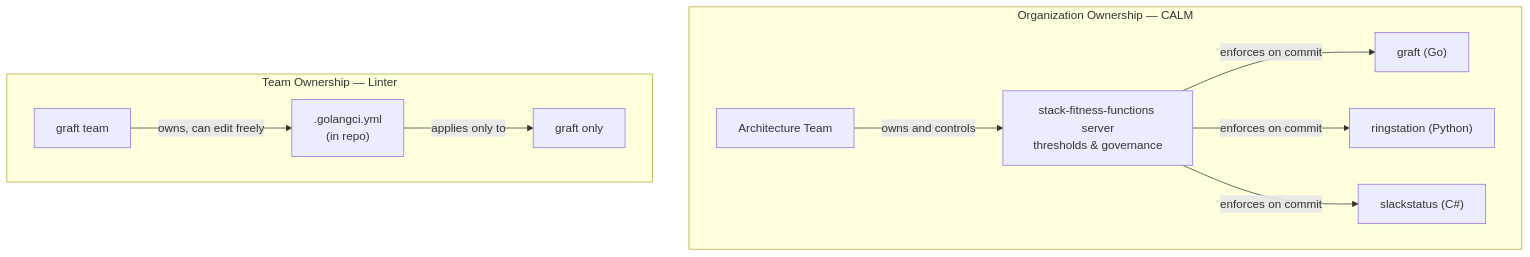
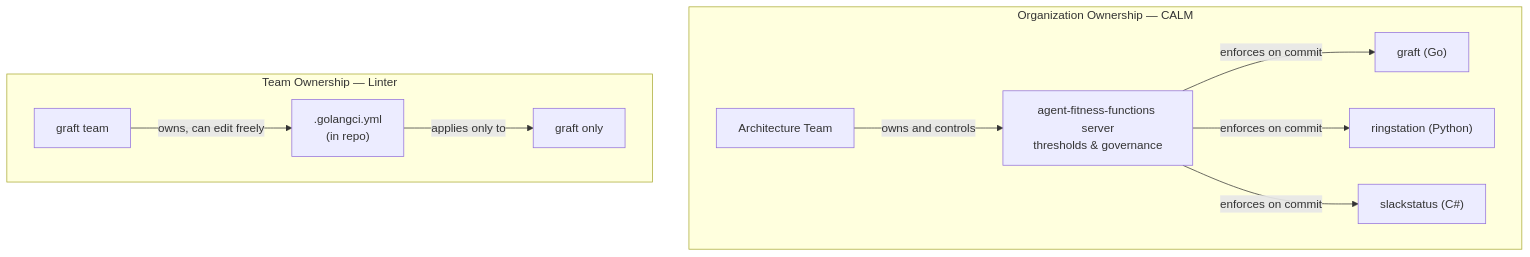
One commit to AvogadroSG1/agent-fitness-functions changed the second of 2 diagrams in CONTEXT.md. Above: the diagram before and after it, drawn with Mermaid. The commit also changed other lines of this file and 797 other files, not shown here.

````diff
--- a/CONTEXT.md
+++ b/CONTEXT.md
@@ -109,22 +109,22 @@
 ```mermaid
 graph TD
     subgraph org ["Organization Ownership — CALM"]
         OA["Architecture Team"]
-        OB["stack-fitness-functions server\nthresholds & governance"]
+        OB["agent-fitness-functions server\nthresholds & governance"]
         OC["graft (Go)"]
         OD["ringstation (Python)"]
         OE["slackstatus (C#)"]
         OA -->|"owns and controls"| OB
         OB -->|"enforces on commit"| OC
         OB -->|"enforces on commit"| OD
         OB -->|"enforces on commit"| OE
     end
 
     subgraph team ["Team Ownership — Linter"]
         TA["graft team"]
         TB[".golangci.yml\n(in repo)"]
         TC["graft only"]
         TA -->|"owns, can edit freely"| TB
         TB -->|"applies only to"| TC
     end
 ```
````
